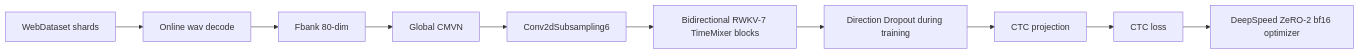
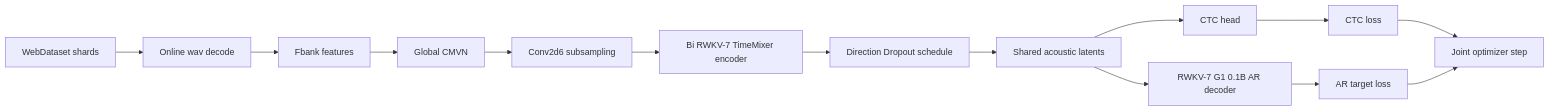
One commit to yynil/rwkvasr_longform_asr changed the first of 3 diagrams in README.md. Above: the diagram before and after it, drawn with Mermaid. The commit also changed other lines of this file and 43 other files, not shown here.

Commit message:
Add joint RWKV decoder training pipeline

````diff
--- a/README.md
+++ b/README.md
@@ -97,12 +30,16 @@
 ```mermaid
 flowchart LR
     A[WebDataset shards] --> B[Online wav decode]
-    B --> C[Fbank 80-dim]
+    B --> C[Fbank features]
     C --> D[Global CMVN]
-    D --> E[Conv2dSubsampling6]
-    E --> F[Bidirectional RWKV-7 TimeMixer blocks]
-    F --> G[Direction Dropout during training]
-    G --> H[CTC projection]
-    H --> I[CTC loss]
-    I --> J[DeepSpeed ZeRO-2 bf16 optimizer]
+    D --> E[Conv2d6 subsampling]
+    E --> F[Bi RWKV-7 TimeMixer encoder]
+    F --> G[Direction Dropout schedule]
+    G --> H[Shared acoustic latents]
+    H --> I[CTC head]
+    H --> J[RWKV-7 G1 0.1B AR decoder]
+    I --> K[CTC loss]
+    J --> L[AR target loss]
+    K --> M[Joint optimizer step]
+    L --> M
 ```
````
